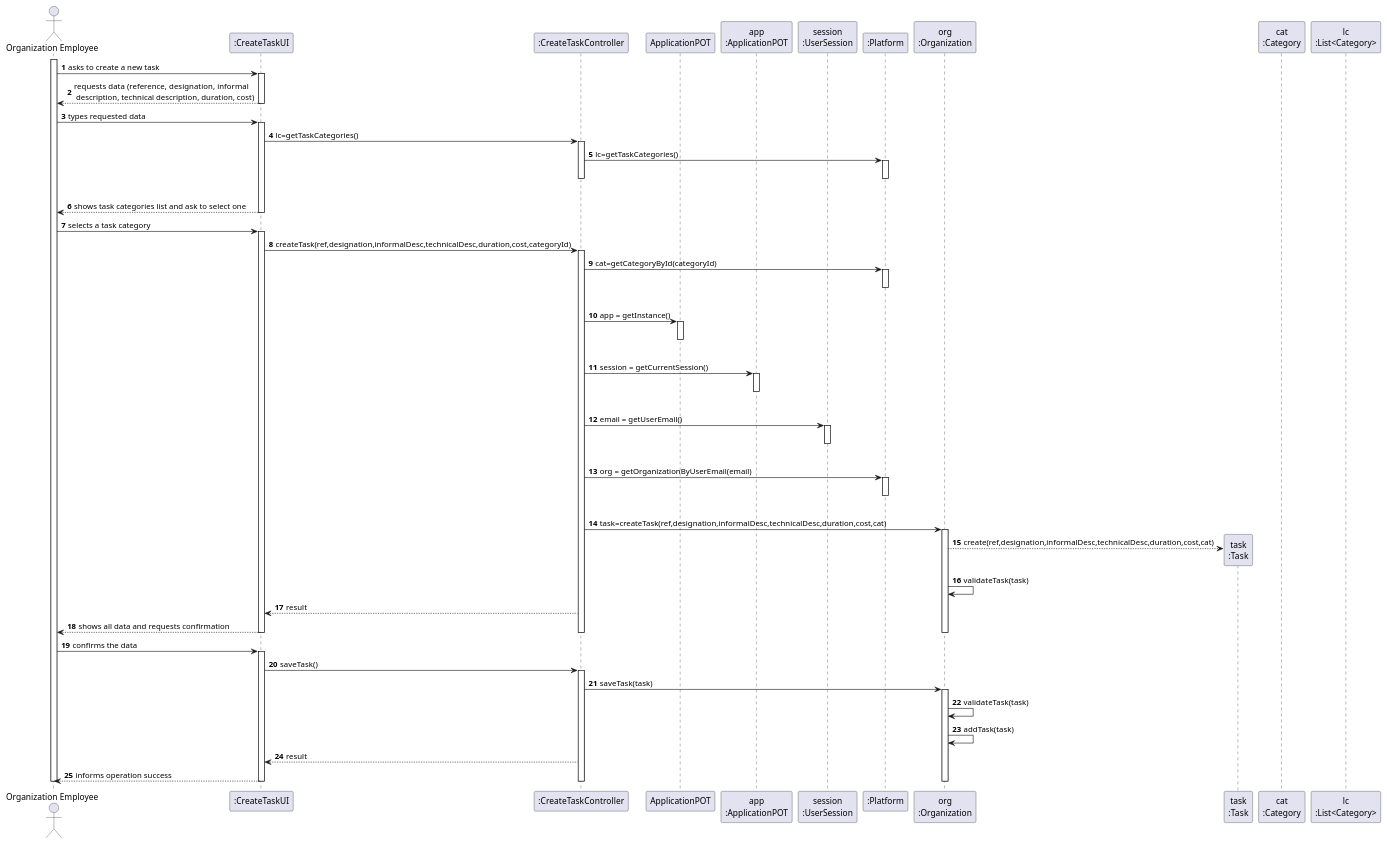
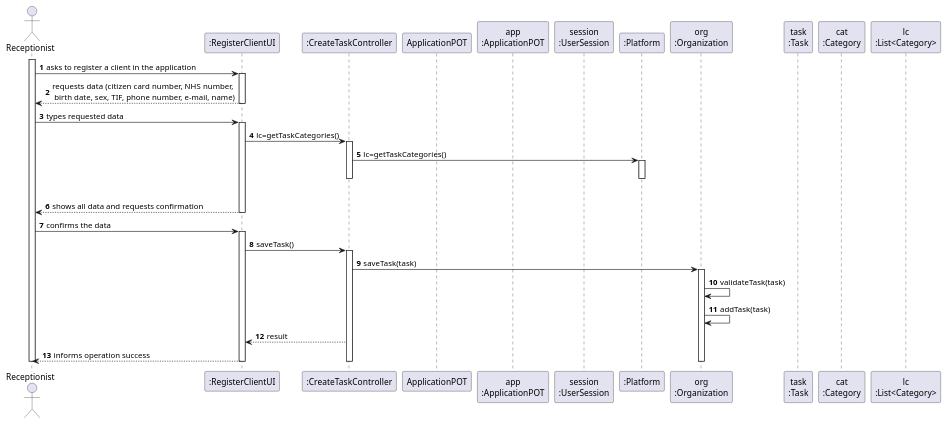
One commit to manu-07-ela/LAPR2_ISEP changed the diagram in docs/SprintB/US03/US3_SD.puml. Above: the diagram before and after it, drawn with PlantUML. The commit also changed 1 other file, not shown here.

```diff
--- a/docs/SprintB/US03/US3_SD.puml
+++ b/docs/SprintB/US03/US3_SD.puml
@@ -1,104 +1,59 @@
 @startuml
 autonumber
 'hide footbox
-actor "Organization Employee" as ADM
+actor "Receptionist" as REP
 
-participant ":CreateTaskUI" as UI
+participant ":RegisterClientUI" as UI
 participant ":CreateTaskController" as CTRL
 participant "ApplicationPOT" as _APP
 participant "app\n:ApplicationPOT" as APP
 participant "session\n:UserSession" as SESSAO
 participant ":Platform" as PLAT
 participant "org\n:Organization" as ORG
 participant "task\n:Task" as TAREFA
 participant "cat\n:Category" as CAT
 participant "lc\n:List<Category>" as LIST_CAT
 
-activate ADM
-ADM -> UI : asks to create a new task
+activate REP
+REP -> UI : asks to register a client in the application
 activate UI
-UI --> ADM : requests data (reference, designation,  informal \n description, technical description, duration, cost)
+UI --> REP : requests data (citizen card number, NHS number,\n birth date, sex, TIF, phone number, e-mail, name)
 deactivate UI
 
-ADM -> UI : types requested data
+REP -> UI : types requested data
 activate UI
 
 UI -> CTRL : lc=getTaskCategories()
 activate CTRL
 
 CTRL -> PLAT : lc=getTaskCategories()
 activate PLAT
 |||
 deactivate PLAT
 deactivate CTRL
 
-UI --> ADM : shows task categories list and ask to select one
+UI --> REP : shows all data and requests confirmation
 deactivate PLAT
 deactivate UI
 
-ADM -> UI : selects a task category
-activate UI
-
-UI -> CTRL : createTask(ref,designation,informalDesc,technicalDesc,duration,cost,categoryId)
-activate CTRL
-
-CTRL -> PLAT : cat=getCategoryById(categoryId)
-activate PLAT
-|||
-deactivate PLAT
-
-CTRL -> _APP: app = getInstance()
-activate _APP
-|||
-deactivate _APP
-
-CTRL -> APP: session = getCurrentSession()
-activate APP
-|||
-deactivate APP
-
-CTRL -> SESSAO: email = getUserEmail()
-activate SESSAO
-|||
-deactivate SESSAO
-
-CTRL -> PLAT: org = getOrganizationByUserEmail(email)
-activate PLAT
-|||
-deactivate PLAT
-
-CTRL -> ORG: task=createTask(ref,designation,informalDesc,technicalDesc,duration,cost,cat)
-activate ORG
-
-ORG --> TAREFA**: create(ref,designation,informalDesc,technicalDesc,duration,cost,cat)
-ORG -> ORG: validateTask(task)
-
-CTRL --> UI: result
-
-UI --> ADM: shows all data and requests confirmation
-deactivate ORG
-deactivate PLAT
-deactivate CTRL
-deactivate UI
-
-ADM -> UI : confirms the data
+REP -> UI : confirms the data
 activate UI
 UI -> CTRL : saveTask()
 activate CTRL
 
 CTRL -> ORG : saveTask(task)
 activate ORG
 
 ORG -> ORG: validateTask(task)
 ORG -> ORG: addTask(task)
 
 CTRL --> UI: result
 
-UI --> ADM : informs operation success
+UI --> REP : informs operation success
 deactivate ORG
 deactivate CTRL
 deactivate UI
 
-deactivate ADM
+deactivate REP
 
 @enduml
```
